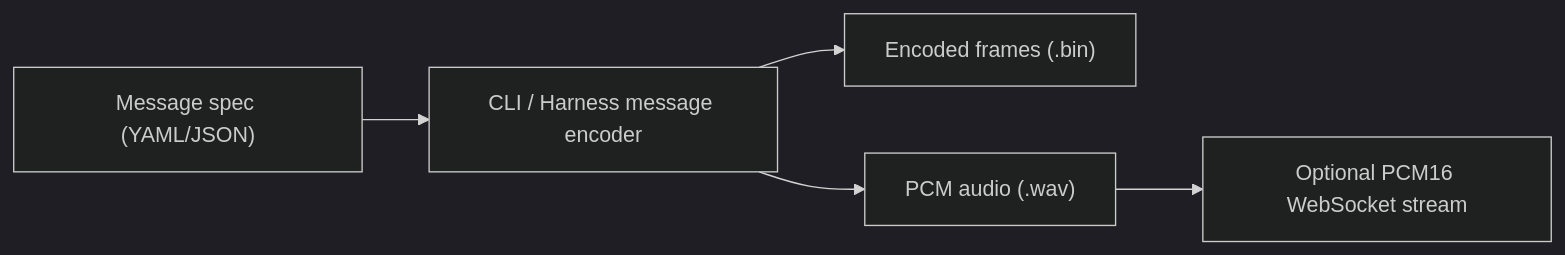
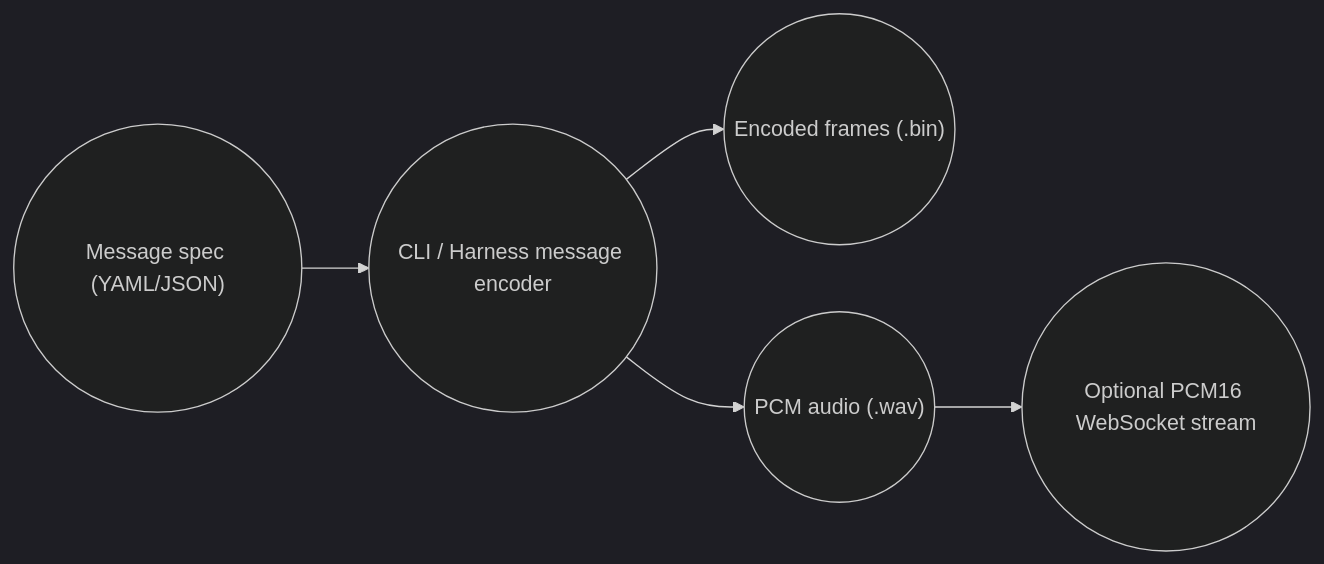
One commit to TobiasWooldridge/WaveCap-SDR changed the diagram in docs/api-spec.md. Above: the diagram before and after it, drawn with Mermaid (dark theme).

Commit message:
Tighten mermaid node syntax for message spec flow

````diff
--- a/docs/api-spec.md
+++ b/docs/api-spec.md
@@ -396,7 +396,7 @@
 ```mermaid
 flowchart LR
-  spec["Message spec (YAML/JSON)"] --> encoder["CLI / Harness message encoder"]
-  encoder --> frames["Encoded frames (.bin)"]
-  encoder --> audio["PCM audio (.wav)"]
-  audio --> ws["Optional PCM16 WebSocket stream"]
+  spec(("Message spec (YAML/JSON)")) --> encoder(("CLI / Harness message encoder"))
+  encoder --> frames(("Encoded frames (.bin)"))
+  encoder --> audio(("PCM audio (.wav)"))
+  audio --> ws(("Optional PCM16 WebSocket stream"))
 ```
````
